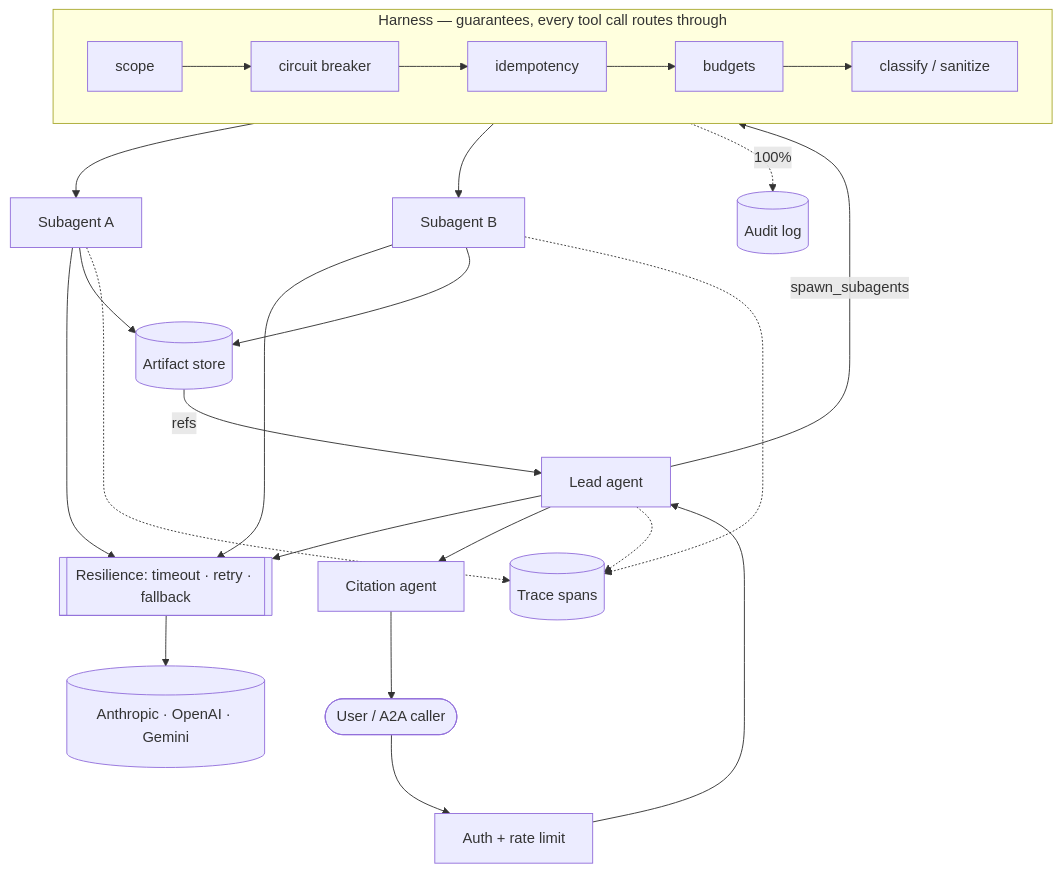
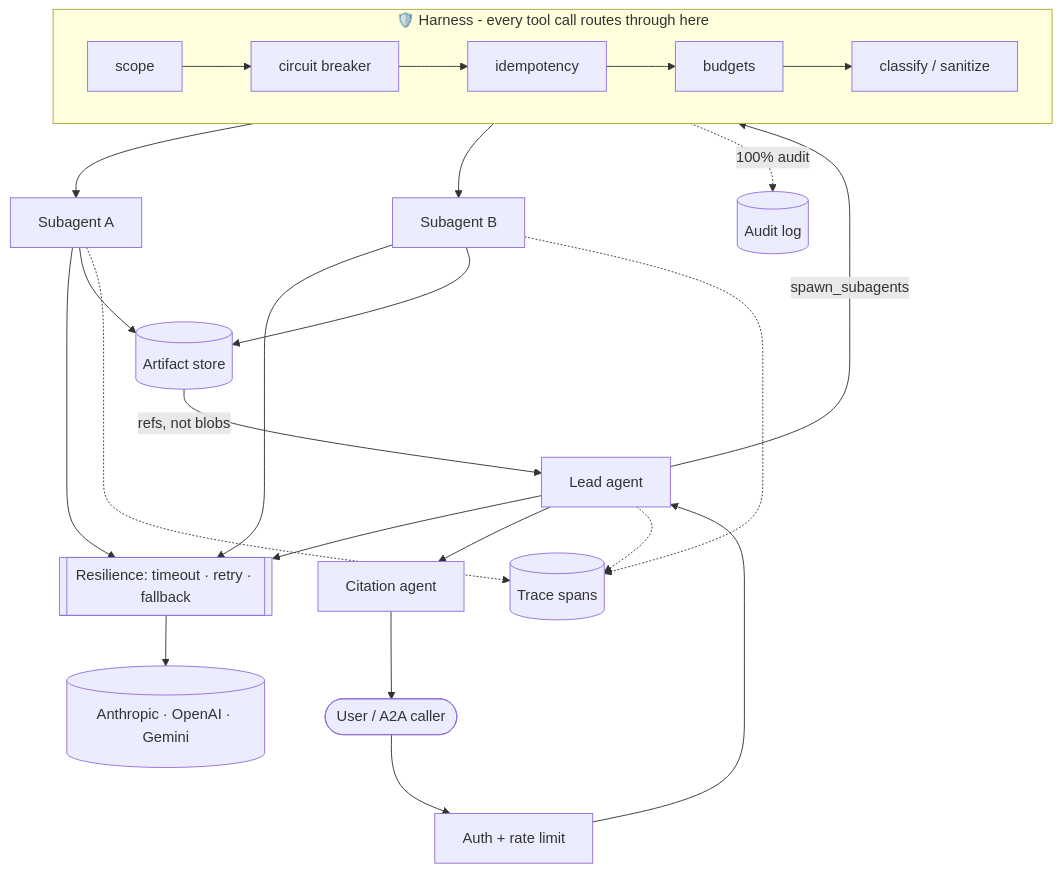
Before and after one commit to routsom/agent-primitives: the diagram in README.md, drawn with Mermaid. The commit also changed other lines of this file and 2 other files, not shown here.

````diff
--- a/README.md
+++ b/README.md
@@ -36,15 +83,15 @@
 ```mermaid
 flowchart TB
     User([User / A2A caller]) --> Edge[Auth + rate limit]
     Edge --> Lead[Lead agent]
     Lead -->|spawn_subagents| Harness
-    subgraph Harness["Harness — guarantees, every tool call routes through"]
+    subgraph Harness["🛡️ Harness - every tool call routes through here"]
         Scope[scope] --> Breaker[circuit breaker] --> Idem[idempotency] --> Budgets[budgets] --> Classify[classify / sanitize]
     end
     Harness --> SubA[Subagent A] & SubB[Subagent B]
     Lead & SubA & SubB --> Resilience[[Resilience: timeout · retry · fallback]] --> LLMs[(Anthropic · OpenAI · Gemini)]
-    SubA & SubB --> Artifacts[(Artifact store)] -->|refs| Lead
+    SubA & SubB --> Artifacts[(Artifact store)] -->|refs, not blobs| Lead
     Lead --> Citation[Citation agent] --> User
-    Harness -.->|100%| Audit[(Audit log)]
+    Harness -.->|100% audit| Audit[(Audit log)]
     Lead & SubA & SubB -.-> Trace[(Trace spans)]
 ```
````
